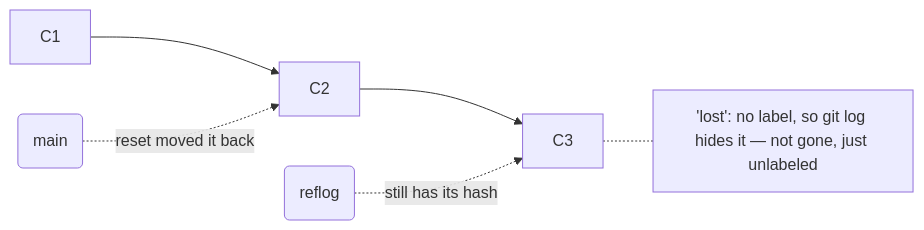
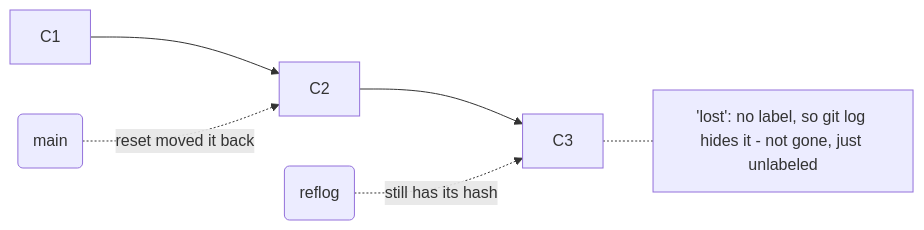
The diagram in guides/version-control/git-disaster-recovery/01-the-reflog.md (Topurrra/themissingmanual), drawn with Mermaid before and after one commit. The commit also changed other lines of this file and 1072 other files, not shown here.

````diff
--- a/guides/version-control/git-disaster-recovery/01-the-reflog.md
+++ b/guides/version-control/git-disaster-recovery/01-the-reflog.md
@@ -44,7 +44,7 @@
 ```mermaid
 flowchart LR
   C1 --> C2 --> C3
   main(main) -.->|reset moved it back| C2
   reflog(reflog) -.->|still has its hash| C3
-  C3 -.- note["'lost': no label, so git log hides it — not gone, just unlabeled"]
+  C3 -.- note["'lost': no label, so git log hides it - not gone, just unlabeled"]
 ```
````
